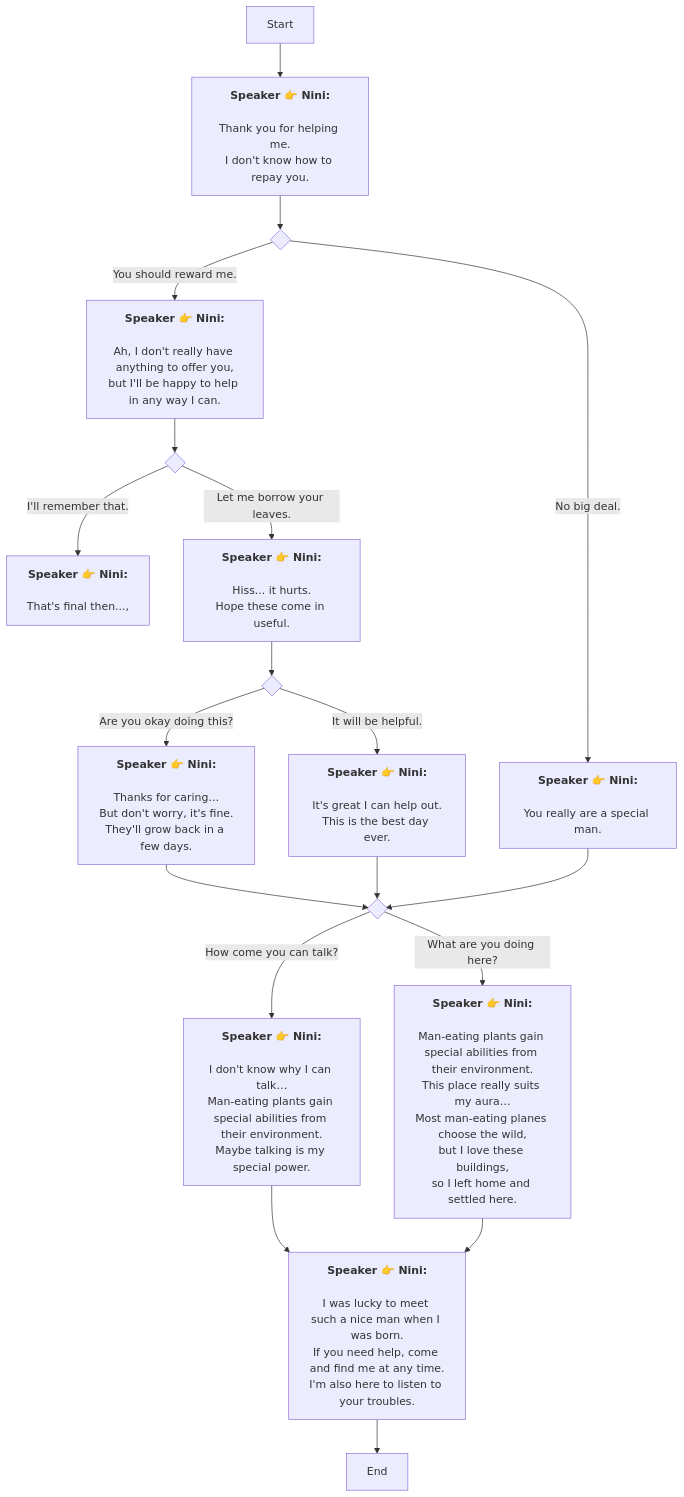
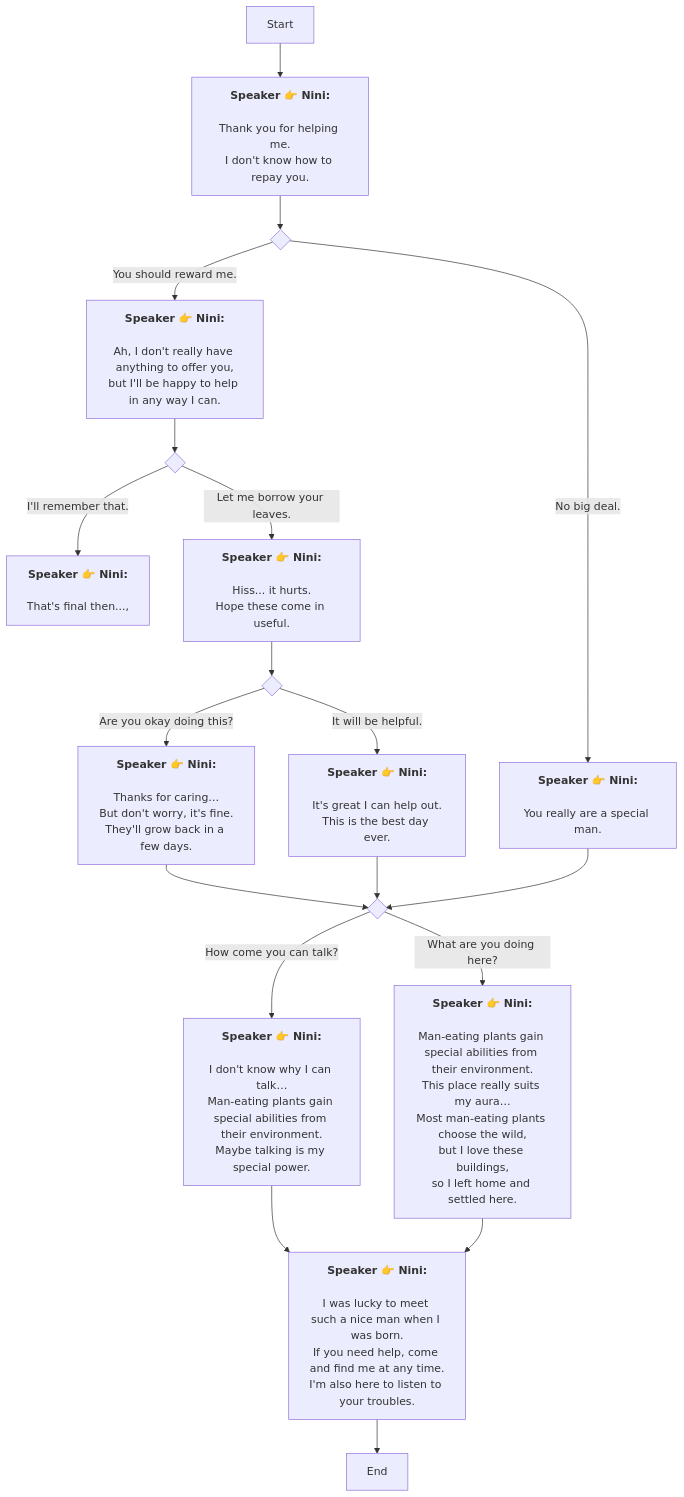
One commit to SoftHu/tos_avg changed the diagram in En/AddDialogNode_1734737532776592.md. Above: the diagram before and after it, drawn with Mermaid. The commit also changed 312 other files, not shown here.

````diff
--- a/En/AddDialogNode_1734737532776592.md
+++ b/En/AddDialogNode_1734737532776592.md
@@ -1,60 +1,60 @@
 ```mermaid
 graph
 Start -->1734737947222163[<b>Speaker 👉 Nini:</b>
 
 Thank you for helping me.
 I don't know how to repay you.]
 1734737947222163 -->1734738187479188{ }
 1734738187479188 -->|You should reward me.|1734738232433819[<b>Speaker 👉 Nini:</b>
 
 Ah, I don't really have anything to offer you,
 but I'll be happy to help in any way I can.]
 1734738187479188 -->|No big deal.|1734738230151322[<b>Speaker 👉 Nini:</b>
 
 You really are a special man.]
 1734738232433819 -->1734738454907036{ }
 1734738454907036 -->|I'll remember that.|1734738819357858[<b>Speaker 👉 Nini:</b>
 
 That's final then...,]
 1734738454907036 -->|Let me borrow your leaves.|1734738888408228[<b>Speaker 👉 Nini:</b>
 
 Hiss... it hurts.
 Hope these come in useful.]
 1734738888408228 -->1734739016778917{ }
 1734739016778917 -->|Are you okay doing this?|1734739048734890[<b>Speaker 👉 Nini:</b>
 
 Thanks for caring…
 But don't worry, it's fine.
 They'll grow back in a few days.]
 1734739016778917 -->|It will be helpful.|1734739142748331[<b>Speaker 👉 Nini:</b>
 
 It's great I can help out.
 This is the best day ever.]
 1734739048734890 -->1734739150555308{ }
 1734739150555308 -->|How come you can talk?|1734739259156659[<b>Speaker 👉 Nini:</b>
 
 I don't know why I can talk…
 Man-eating plants gain special abilities from their environment.
 Maybe talking is my special power.]
 1734739150555308 -->|What are you doing here?|1734739265763508[<b>Speaker 👉 Nini:</b>
 
 Man-eating plants gain special abilities from their environment.
 This place really suits my aura…
-Most man-eating planes choose the wild,
+Most man-eating plants choose the wild,
 but I love these buildings,
 so I left home and settled here.]
 1734739259156659 -->1734739954331835[<b>Speaker 👉 Nini:</b>
 
 I was lucky to meet such a nice man when I was born.
 If you need help, come and find me at any time.
 I'm also here to listen to your troubles.]
 1734739954331835 -->1734740014229692[End]
 1734739265763508 -->1734739954331835[<b>Speaker 👉 Nini:</b>
 
 I was lucky to meet such a nice man when I was born.
 If you need help, come and find me at any time.
 I'm also here to listen to your troubles.]
 1734739142748331 -->1734739150555308{ }
 1734738230151322 -->1734739150555308{ }
 
  ```
````
